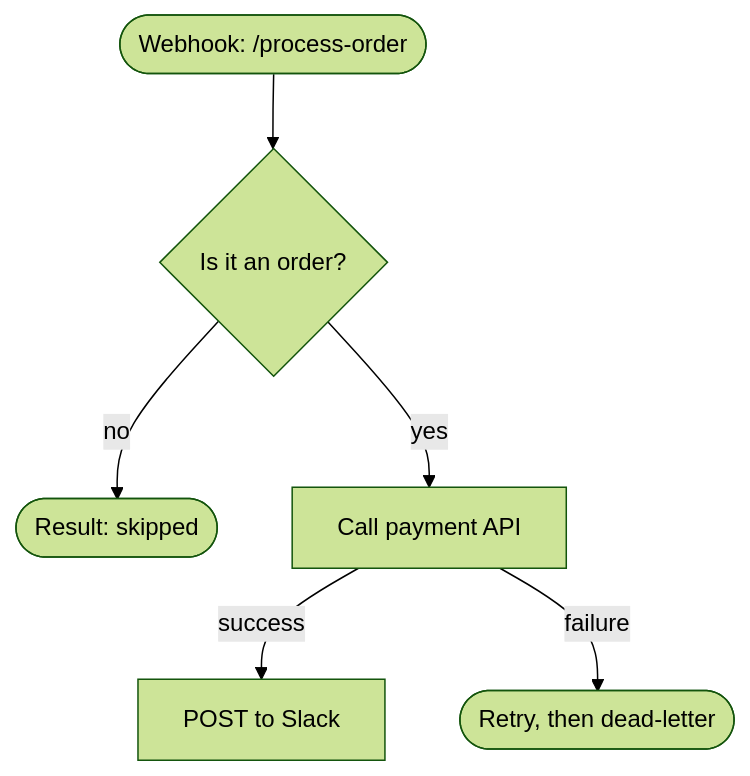
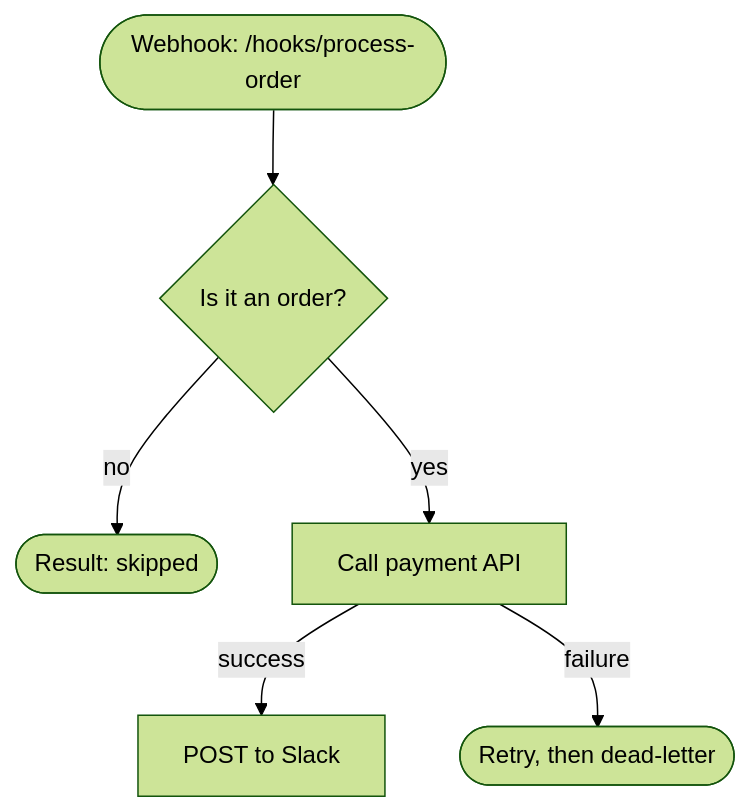
The diagram in apps/cli/assets/skills/swizzle-builder/SKILL.md (swizzletech/swizzle), drawn with Mermaid (forest theme) before and after one commit. The commit also changed other lines of this file and 270 other files, not shown here.

````diff
--- a/apps/cli/assets/skills/swizzle-builder/SKILL.md
+++ b/apps/cli/assets/skills/swizzle-builder/SKILL.md
@@ -322,8 +328,8 @@
 ```mermaid
 flowchart TD
-  trigger([Webhook: /process-order]) --> check{Is it an order?}
+  trigger([Webhook: /hooks/process-order]) --> check{Is it an order?}
   check -- no --> skipped([Result: skipped])
   check -- yes --> charge[Call payment API]
   charge -- success --> notify[POST to Slack]
   charge -- failure --> retry([Retry, then dead-letter])
 ```
````
